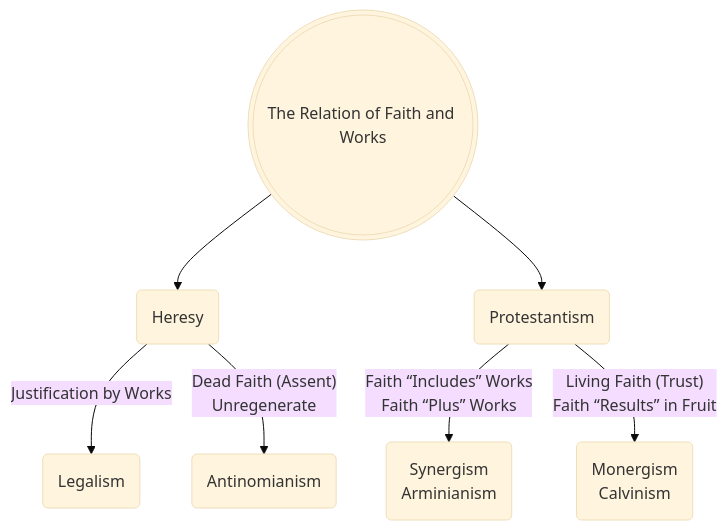
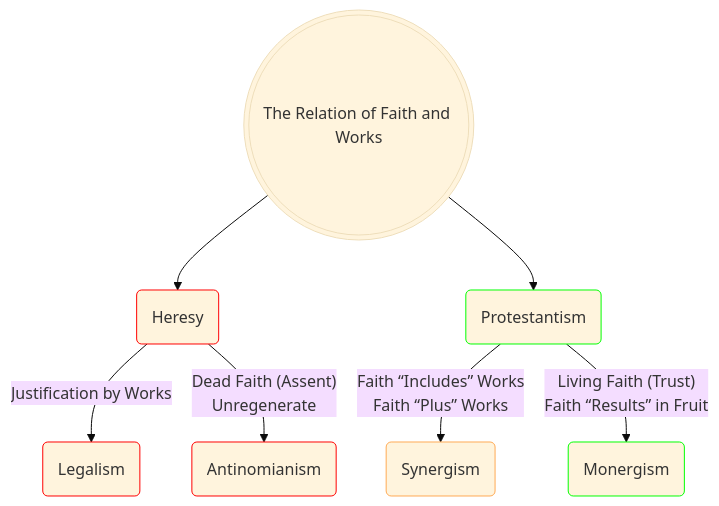
One commit to OrdoLuminis/ordoluminis.github.io changed the diagram in _posts/2025-08-03-historic-protestant-position.markdown. Above: the diagram before and after it, drawn with Mermaid (base theme). The commit also changed other lines of this file, not shown here.

````diff
--- a/_posts/2025-08-03-historic-protestant-position.markdown
+++ b/_posts/2025-08-03-historic-protestant-position.markdown
@@ -51,10 +51,13 @@
 ```mermaid
 flowchart TD
     A(((The Relation of Faith and Works)))
-    A -->B(Heresy)
-    A -->C(Protestantism)
-    B -->|Justification by Works| D(Legalism)
-    B -->|Dead Faith &lpar;Assent&rpar;<br>Unregenerate| G(Antinomianism)
-    C -->|Faith &ldquo;Includes&rdquo; Works<br>Faith &ldquo;Plus&rdquo; Works| E(Synergism<br>Arminianism)
-    C -->|Living Faith &lpar;Trust&rpar;<br>Faith &ldquo;Results&rdquo; in Fruit| F(Monergism<br>Calvinism)
+    A -->B(Heresy):::red
+    A -->C(Protestantism):::green
+    B -->|Justification by Works| D(Legalism):::red
+    B -->|Dead Faith &lpar;Assent&rpar;<br>Unregenerate| G(Antinomianism):::red
+    C -->|Faith &ldquo;Includes&rdquo; Works<br>Faith &ldquo;Plus&rdquo; Works| E(Synergism):::blue
+    C -->|Living Faith &lpar;Trust&rpar;<br>Faith &ldquo;Results&rdquo; in Fruit| F(Monergism):::green
+    classDef red stroke:#f00
+    classDef green stroke:#0f0
+    classDef blue stroke:#fa5
 ```
````
